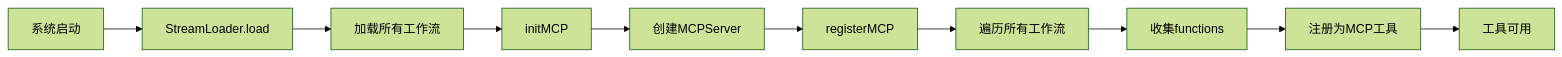
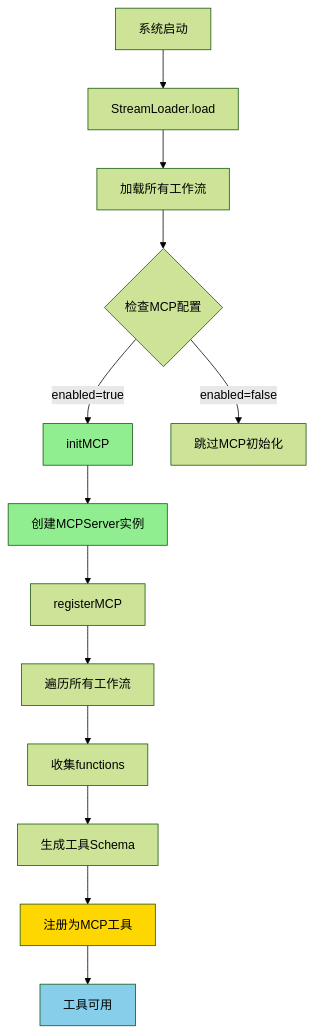
The sixth of 8 diagrams in docs/mcp-guide.md (sunflowermm/XRK-AGT), drawn with Mermaid (forest theme) before and after one commit. The commit also changed other lines of this file and 24 other files, not shown here.

````diff
--- a/docs/mcp-guide.md
+++ b/docs/mcp-guide.md
@@ -337,12 +399,20 @@
 ```mermaid
-flowchart LR
+flowchart TB
     A[系统启动] --> B[StreamLoader.load]
     B --> C[加载所有工作流]
-    C --> D[initMCP]
-    D --> E[创建MCPServer]
-    E --> F[registerMCP]
-    F --> G[遍历所有工作流]
-    G --> H[收集functions]
-    H --> I[注册为MCP工具]
-    I --> J[工具可用]
+    C --> D{检查MCP配置}
+    D -->|enabled=true| E[initMCP]
+    D -->|enabled=false| Z[跳过MCP初始化]
+    E --> F[创建MCPServer实例]
+    F --> G[registerMCP]
+    G --> H[遍历所有工作流]
+    H --> I[收集functions]
+    I --> J[生成工具Schema]
+    J --> K[注册为MCP工具]
+    K --> L[工具可用]
+    
+    style E fill:#90EE90
+    style F fill:#90EE90
+    style K fill:#FFD700
+    style L fill:#87CEEB
 ```
````
